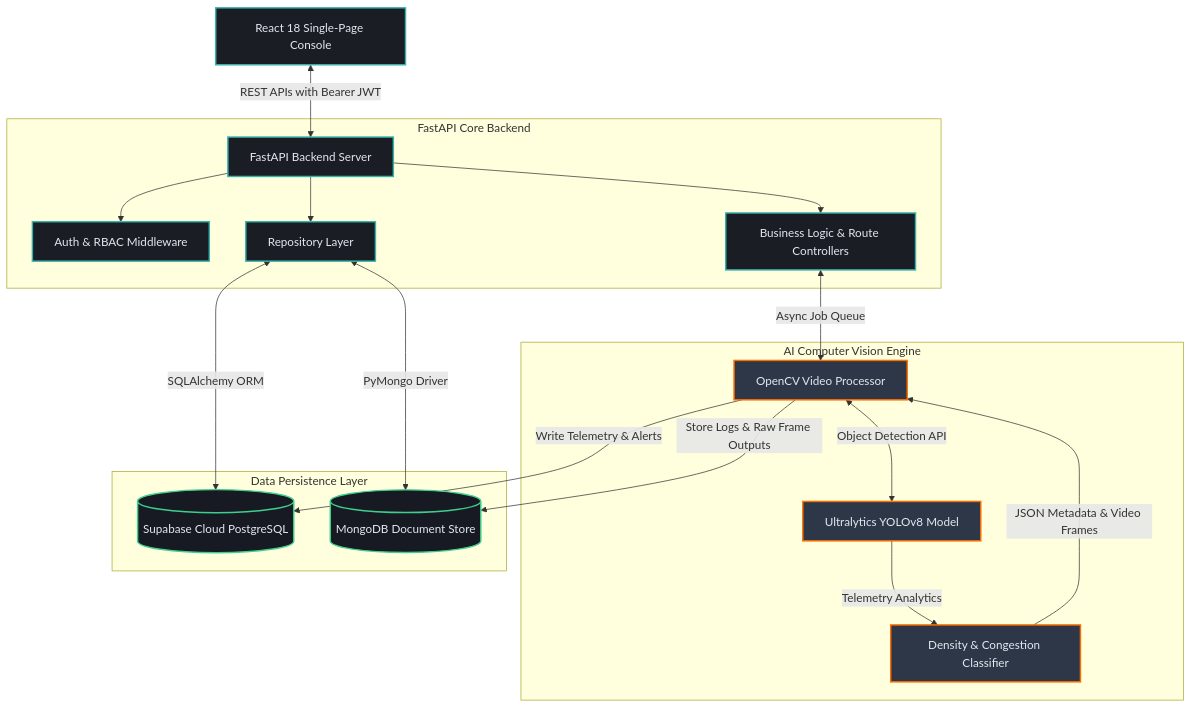
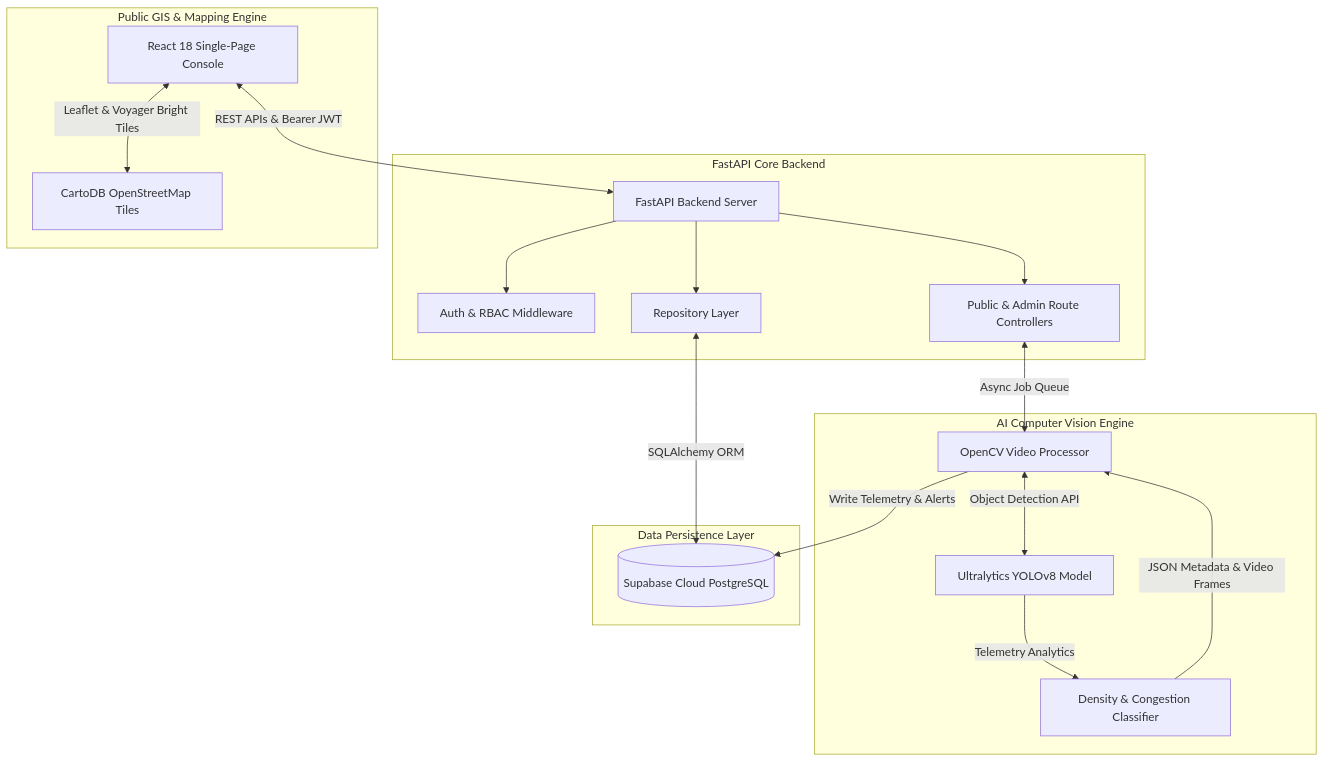
The diagram in README.md (akash012345678/Traffic-Vision-AI), drawn with Mermaid before and after one commit. The commit also changed other lines of this file and 2 other files, not shown here.

````diff
--- a/README.md
+++ b/README.md
@@ -119,31 +102,26 @@
 ```mermaid
 graph TD
-    A[React 18 Single-Page Console] <-->|REST APIs with Bearer JWT| B[FastAPI Backend Server]
+    A[React 18 Single-Page Console] <-->|REST APIs & Bearer JWT| B[FastAPI Backend Server]
     
     subgraph FastAPI Core Backend
         B --> C[Auth & RBAC Middleware]
-        B --> D[Business Logic & Route Controllers]
+        B --> D[Public & Admin Route Controllers]
         B --> E[Repository Layer]
     end
 
     subgraph AI Computer Vision Engine
         D <-->|Async Job Queue| F[OpenCV Video Processor]
         F <-->|Object Detection API| G[Ultralytics YOLOv8 Model]
         G -->|Telemetry Analytics| H[Density & Congestion Classifier]
         H -->|JSON Metadata & Video Frames| F
     end
 
     subgraph Data Persistence Layer
         E <-->|SQLAlchemy ORM| I[(Supabase Cloud PostgreSQL)]
-        E <-->|PyMongo Driver| J[(MongoDB Document Store)]
         F -->|Write Telemetry & Alerts| I
-        F -->|Store Logs & Raw Frame Outputs| J
     end
-    
-    classDef default fill:#1A1D24,stroke:#38B2AC,stroke-width:2px,color:#E2E8F0;
-    classDef database fill:#171923,stroke:#3ECF8E,stroke-width:2px,color:#E2E8F0;
-    classDef ai fill:#2D3748,stroke:#FF6F00,stroke-width:2px,color:#E2E8F0;
-    
-    class I,J database;
-    class F,G,H ai;
+
+    subgraph Public GIS & Mapping Engine
+        A <-->|Leaflet & Voyager Bright Tiles| J[CartoDB OpenStreetMap Tiles]
+    end
 ```
````
